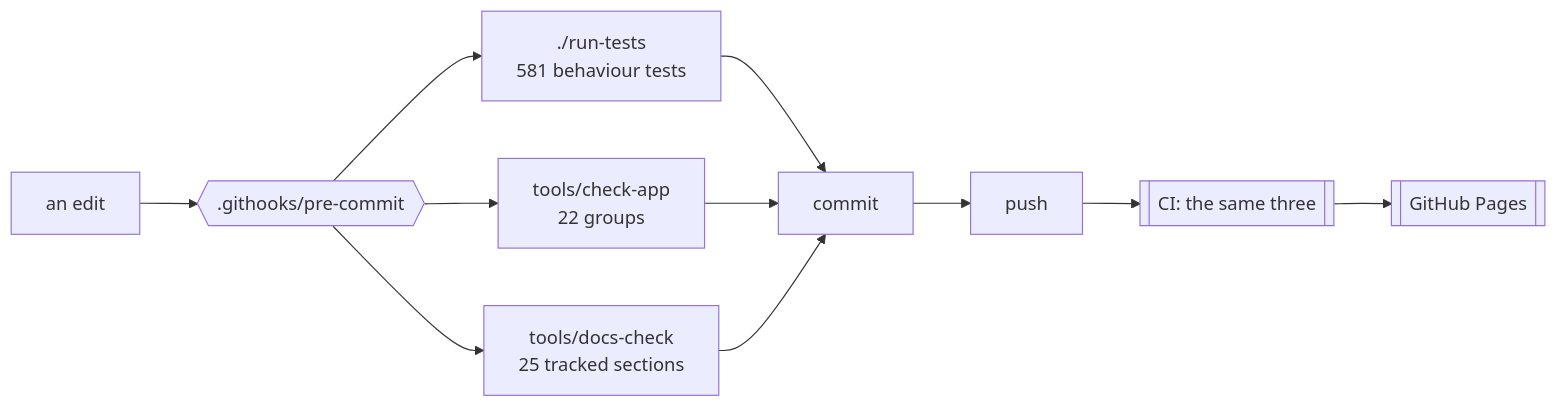
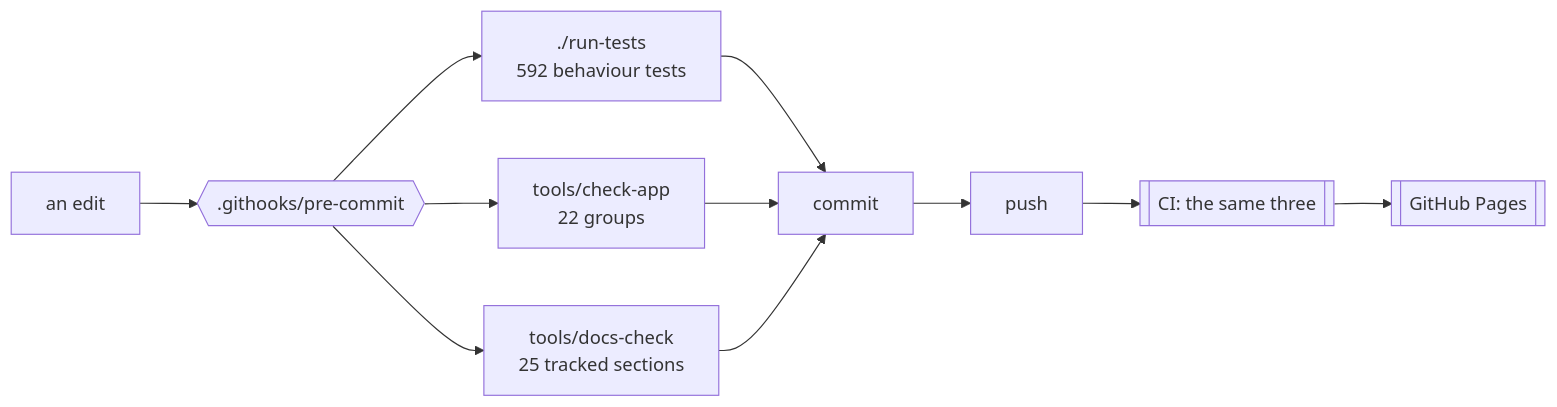
Before and after one commit to minormending/crystal-pilot-mobile: the first of 2 diagrams in docs/DEVELOPING.md, drawn with Mermaid. The commit also changed other lines of this file and 16 other files, not shown here.

````diff
--- a/docs/DEVELOPING.md
+++ b/docs/DEVELOPING.md
@@ -15,12 +15,12 @@
 ```mermaid
 flowchart LR
     E[an edit] --> H{{".githooks/pre-commit"}}
-    H --> T["./run-tests<br/>581 behaviour tests"]
+    H --> T["./run-tests<br/>592 behaviour tests"]
     H --> C["tools/check-app<br/>22 groups"]
     H --> D["tools/docs-check<br/>25 tracked sections"]
     T --> OK[commit]
     C --> OK
     D --> OK
     OK --> P[push] --> CI[["CI: the same three"]]
     CI --> PG[[GitHub Pages]]
 ```
````
